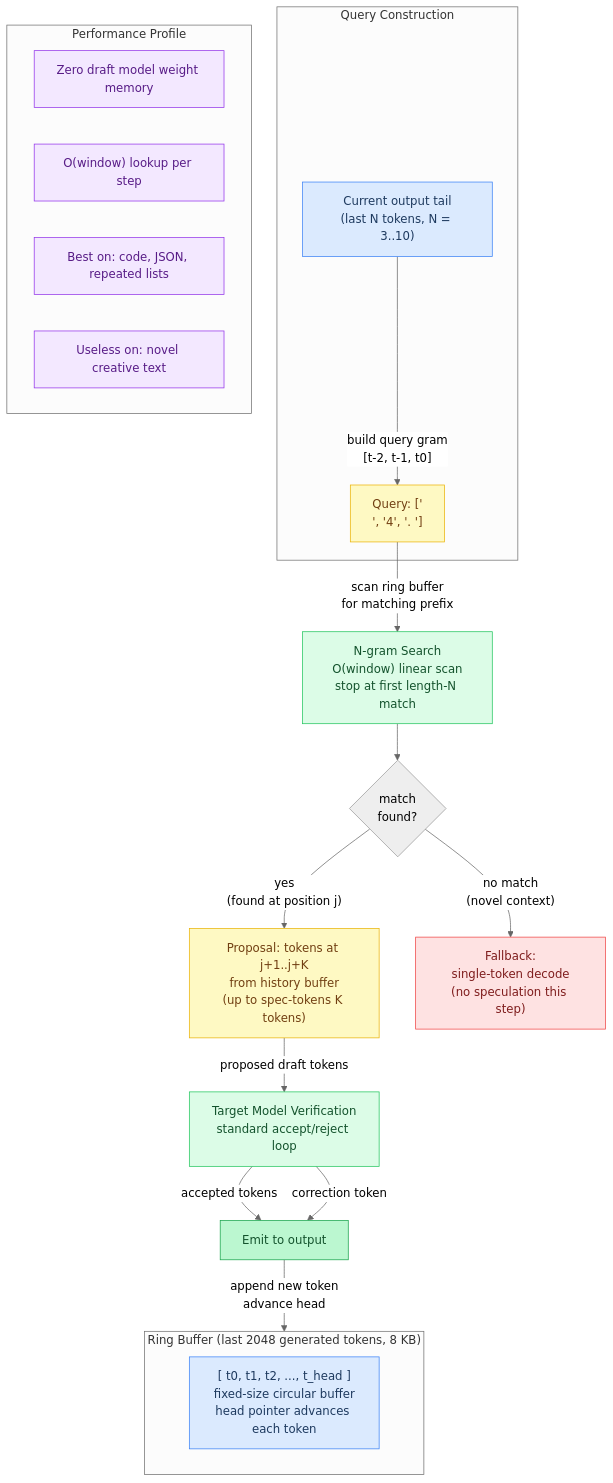
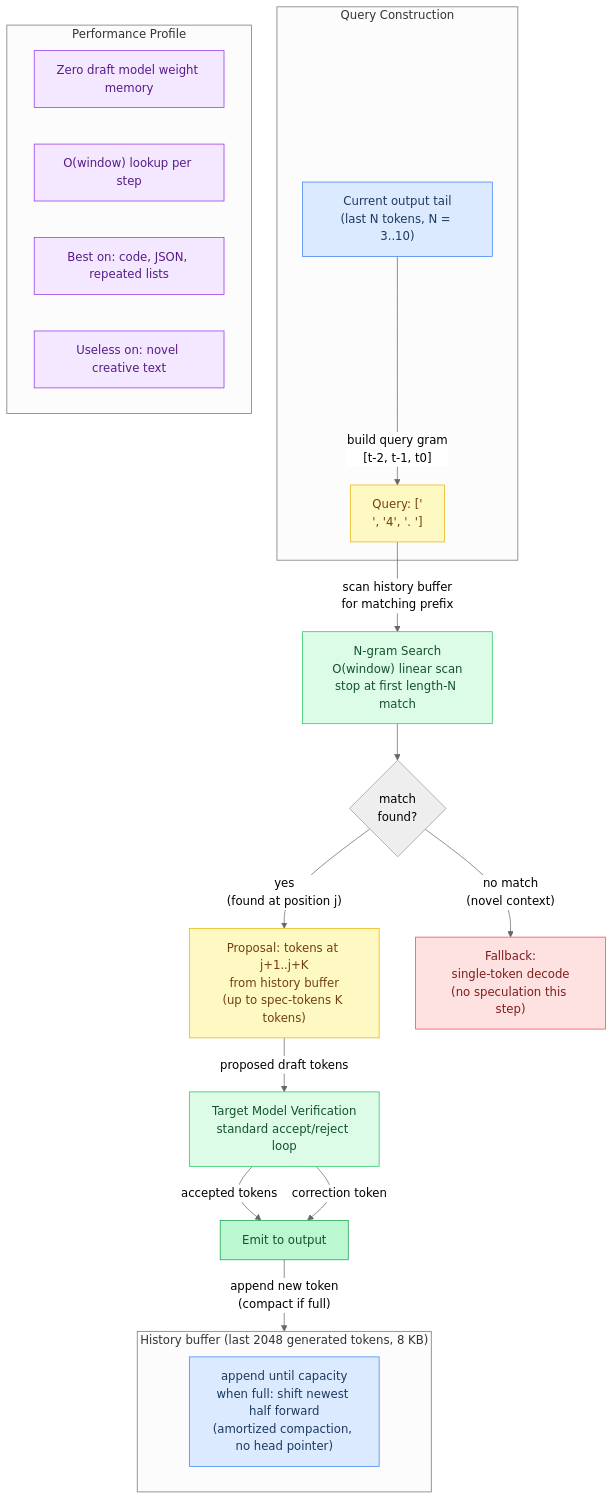
Before and after one commit to maci0/agave: the tenth of 10 diagrams in docs/tutorial/17-speculative-decoding.md, drawn with Mermaid (neutral theme). The commit also changed other lines of this file and 23 other files, not shown here.

````diff
--- a/docs/tutorial/17-speculative-decoding.md
+++ b/docs/tutorial/17-speculative-decoding.md
@@ -637,41 +639,41 @@
 ```mermaid
 flowchart TD
     classDef setup     fill:#dbeafe,stroke:#3b82f6,color:#1e3a5f
     classDef sync      fill:#dcfce7,stroke:#22c55e,color:#14532d
     classDef migration fill:#fef9c3,stroke:#eab308,color:#713f12
     classDef success   fill:#bbf7d0,stroke:#16a34a,color:#14532d
     classDef danger    fill:#fee2e2,stroke:#ef4444,color:#7f1d1d
     classDef optional  fill:#f3e8ff,stroke:#9333ea,color:#581c87
 
-    subgraph RingBuffer["Ring Buffer (last 2048 generated tokens, 8 KB)"]
-        RB["[ t0, t1, t2, ..., t_head ]\nfixed-size circular buffer\nhead pointer advances each token"]:::setup
+    subgraph RingBuffer["History buffer (last 2048 generated tokens, 8 KB)"]
+        RB["append until capacity\nwhen full: shift newest half forward\n(amortized compaction, no head pointer)"]:::setup
     end
 
     subgraph Query["Query Construction"]
         QT["Current output tail\n(last N tokens, N = 3..10)"]:::setup
         Gram["Query: ['\n', '4', '. ']"]:::migration
         QT -->|"build query gram\n[t-2, t-1, t0]"| Gram
     end
 
     Search["N-gram Search\nO(window) linear scan\nstop at first length-N match"]:::sync
     Proposal["Proposal: tokens at j+1..j+K\nfrom history buffer\n(up to spec-tokens K tokens)"]:::migration
     Fallback["Fallback:\nsingle-token decode\n(no speculation this step)"]:::danger
     Verify["Target Model Verification\nstandard accept/reject loop"]:::sync
     Emit["Emit to output"]:::success
 
-    Gram -->|"scan ring buffer\nfor matching prefix"| Search
+    Gram -->|"scan history buffer\nfor matching prefix"| Search
     Search --> Found{"match\nfound?"}
     Found -->|"yes\n(found at position j)"| Proposal
     Found -->|"no match\n(novel context)"| Fallback
     Proposal -->|"proposed draft tokens"| Verify
     Verify -->|"accepted tokens"| Emit
     Verify -->|"correction token"| Emit
-    Emit -->|"append new token\nadvance head"| RingBuffer
+    Emit -->|"append new token\n(compact if full)"| RingBuffer
 
     subgraph Performance["Performance Profile"]
         P1["Zero draft model weight memory"]:::optional
         P2["O(window) lookup per step"]:::optional
         P3["Best on: code, JSON, repeated lists"]:::optional
         P4["Useless on: novel creative text"]:::optional
     end
 ```
````
